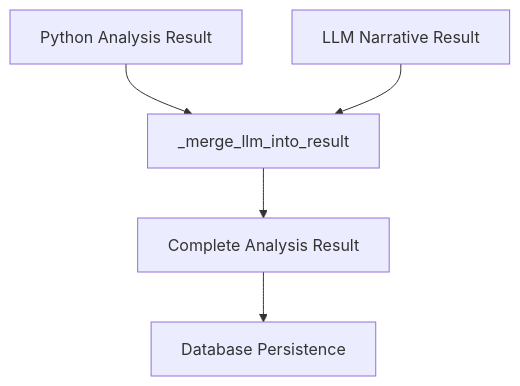
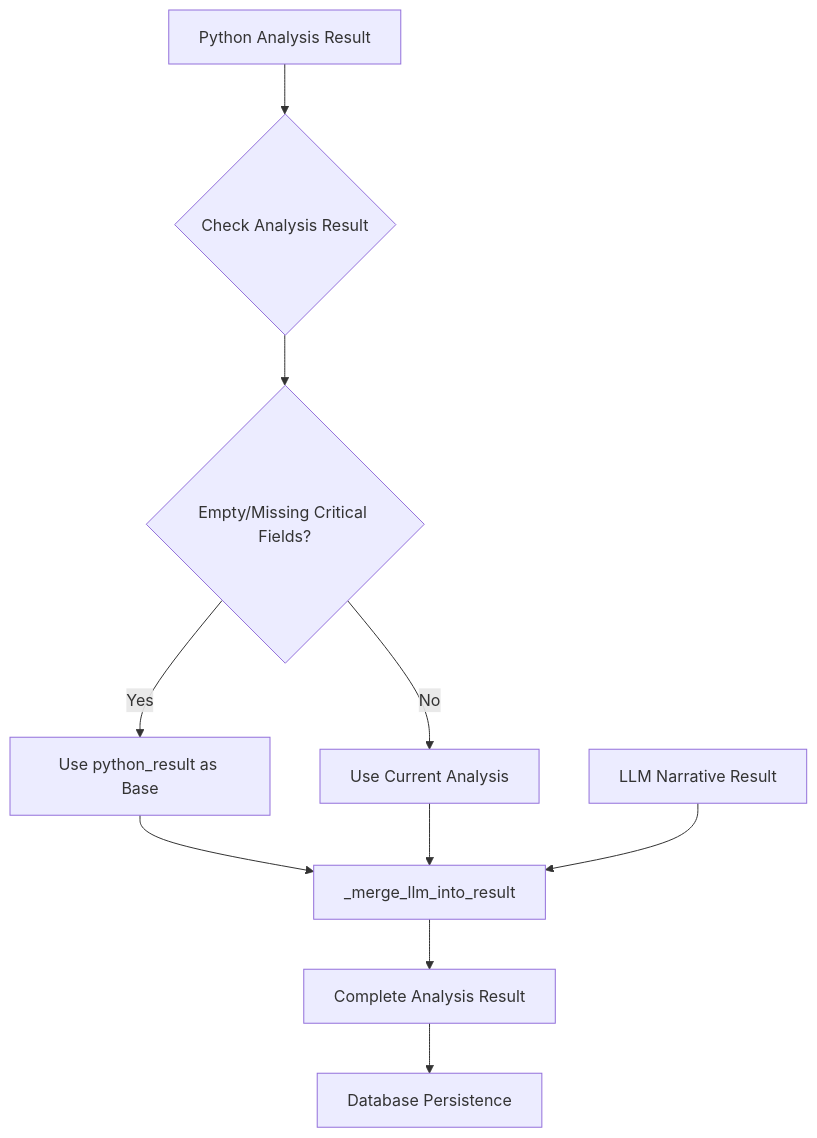
Before and after one commit to Revanththetalogics/aireume: the eighth of 9 diagrams in .qoder/repowiki/en/content/Hybrid Pipeline.md, drawn with Mermaid. The commit also changed other lines of this file and 4 other files, not shown here.

````diff
--- a/.qoder/repowiki/en/content/Hybrid Pipeline.md
+++ b/.qoder/repowiki/en/content/Hybrid Pipeline.md
@@ -447,7 +463,12 @@
 ```mermaid
 flowchart TD
-Python[Python Analysis Result] --> Merge[_merge_llm_into_result]
+Python[Python Analysis Result] --> CheckEmpty{Check Analysis Result}
+CheckEmpty --> EmptyAnalysis{Empty/Missing Critical Fields?}
+EmptyAnalysis --> |Yes| UsePython[Use python_result as Base]
+EmptyAnalysis --> |No| UseCurrent[Use Current Analysis]
+UsePython --> Merge[_merge_llm_into_result]
+UseCurrent --> Merge
 LLM[LLM Narrative Result] --> Merge
 Merge --> Analysis[Complete Analysis Result]
 Analysis --> DB[Database Persistence]
 ```
````
